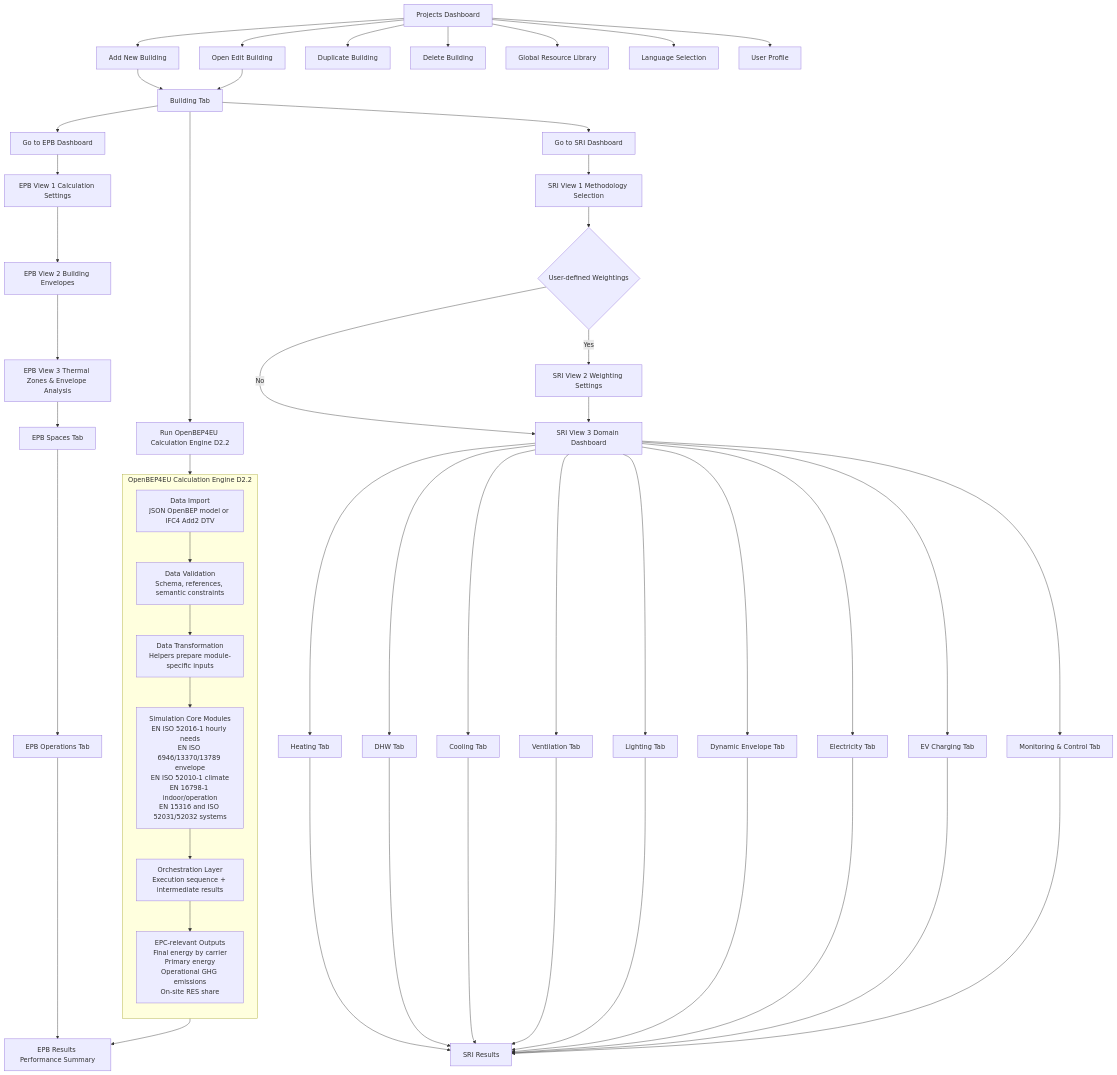
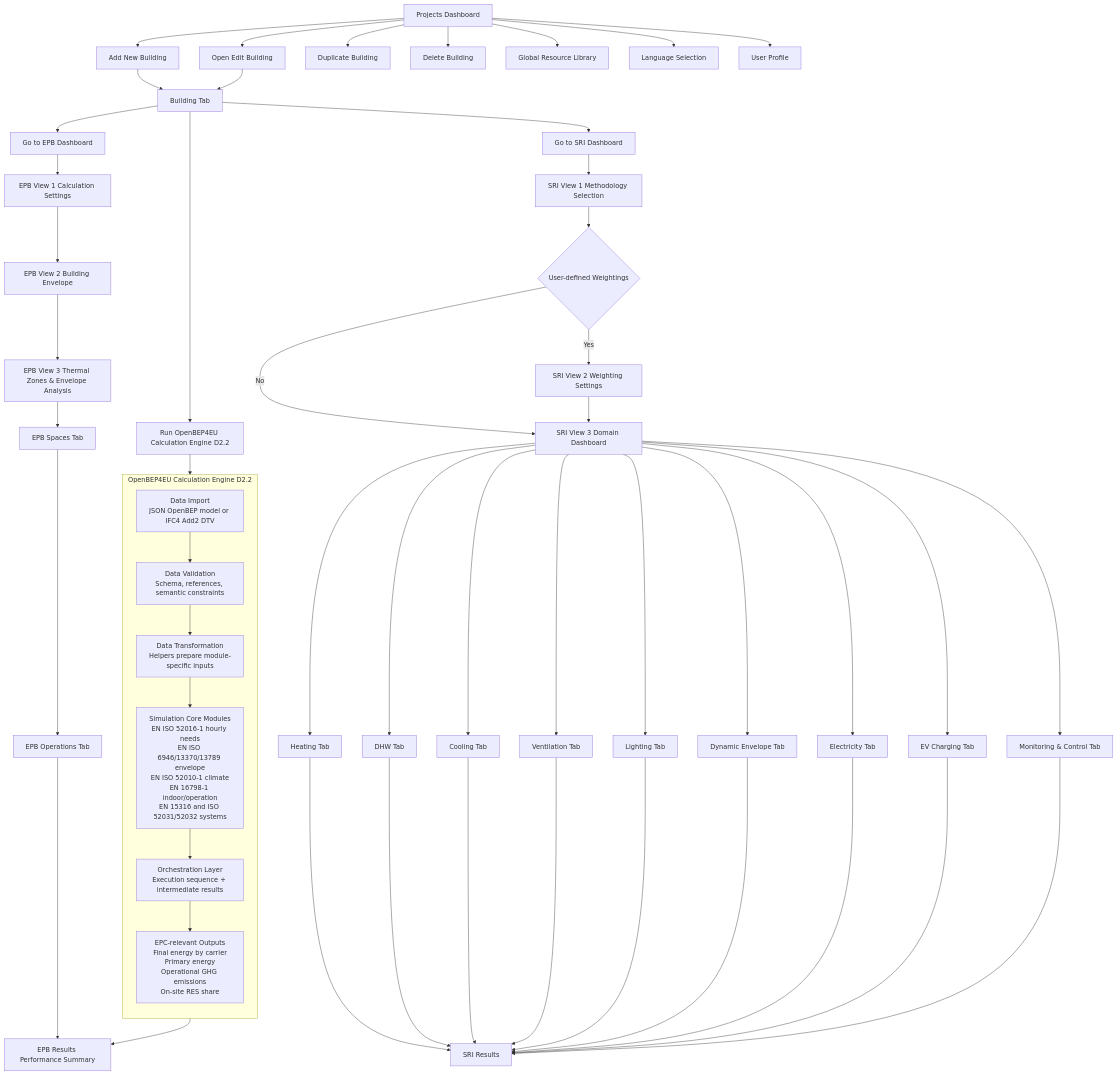
Before and after one commit to pantazis/-building-performance-app: the diagram in plan.mmd, drawn with Mermaid. The commit also changed 15 other files, not shown here.

```diff
--- a/plan.mmd
+++ b/plan.mmd
@@ -1,64 +1,64 @@
 flowchart TD
 
 A[Projects Dashboard] --> B[Add New Building]
 A --> C[Open Edit Building]
 A --> D[Duplicate Building]
 A --> E[Delete Building]
 A --> F[Global Resource Library]
 A --> G[Language Selection]
 A --> H[User Profile]
 
 B --> I[Building Tab]
 C --> I
 
 I --> J[Go to EPB Dashboard]
 I --> K[Go to SRI Dashboard]
 
 J --> EPB1[EPB View 1 Calculation Settings]
-EPB1 --> EPB2[EPB View 2 Building Envelopes]
+EPB1 --> EPB2[EPB View 2 Building Envelope]
 EPB2 --> EPB3[EPB View 3 Thermal Zones & Envelope Analysis]
 EPB3 --> EPBSPACES[EPB Spaces Tab]
 EPBSPACES --> EPBOPS[EPB Operations Tab]
 EPBOPS --> EPB4[EPB Results Performance Summary]
 
 K --> SRI1[SRI View 1 Methodology Selection]
 SRI1 --> SRI2{User-defined Weightings}
 SRI2 -->|Yes| SRI3[SRI View 2 Weighting Settings]
 SRI2 -->|No| SRI4[SRI View 3 Domain Dashboard]
 SRI3 --> SRI4
 
 SRI4 --> SRI5[Heating Tab]
 SRI4 --> SRI6[DHW Tab]
 SRI4 --> SRI7[Cooling Tab]
 SRI4 --> SRI8[Ventilation Tab]
 SRI4 --> SRI9[Lighting Tab]
 SRI4 --> SRI10[Dynamic Envelope Tab]
 SRI4 --> SRI11[Electricity Tab]
 SRI4 --> SRI12[EV Charging Tab]
 SRI4 --> SRI13[Monitoring & Control Tab]
 
 SRI5 --> SRI14[SRI Results]
 SRI6 --> SRI14[SRI Results]
 SRI7 --> SRI14[SRI Results]
 SRI8 --> SRI14[SRI Results]
 SRI9 --> SRI14[SRI Results]
 SRI10 --> SRI14[SRI Results]
 SRI11 --> SRI14[SRI Results]
 SRI12 --> SRI14[SRI Results]
 SRI13 --> SRI14[SRI Results]
 
 %% D2.2 Advanced EU Kernel EPC Engine integration
 I --> CE0[Run OpenBEP4EU Calculation Engine D2.2]
 
 subgraph CE[OpenBEP4EU Calculation Engine D2.2]
 direction TB
 CE1[Data Import\nJSON OpenBEP model or IFC4 Add2 DTV]
 CE2[Data Validation\nSchema, references, semantic constraints]
 CE3[Data Transformation\nHelpers prepare module-specific inputs]
 CE4[Simulation Core Modules\nEN ISO 52016-1 hourly needs\nEN ISO 6946/13370/13789 envelope\nEN ISO 52010-1 climate\nEN 16798-1 indoor/operation\nEN 15316 and ISO 52031/52032 systems]
 CE5[Orchestration Layer\nExecution sequence + intermediate results]
 CE6[EPC-relevant Outputs\nFinal energy by carrier\nPrimary energy\nOperational GHG emissions\nOn-site RES share]
 end
 
 CE0 --> CE1 --> CE2 --> CE3 --> CE4 --> CE5 --> CE6
 CE6 --> EPB4
```
